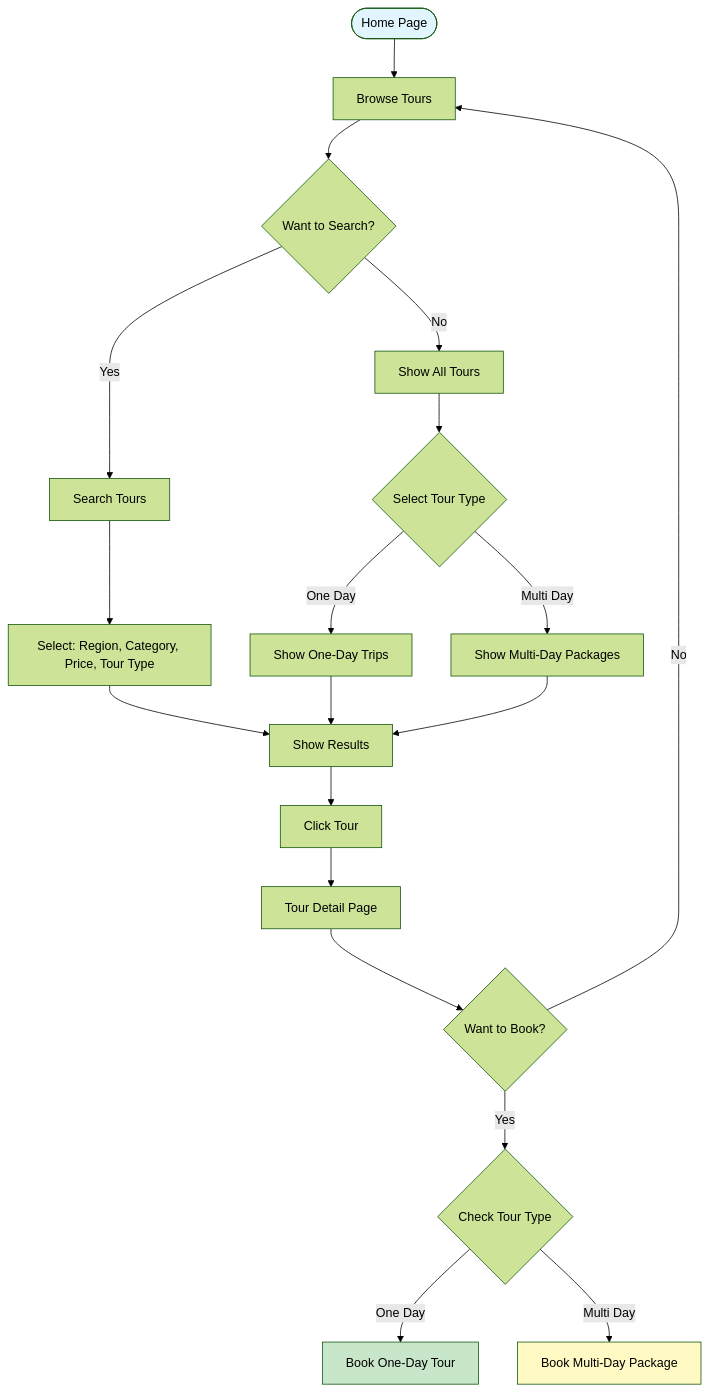
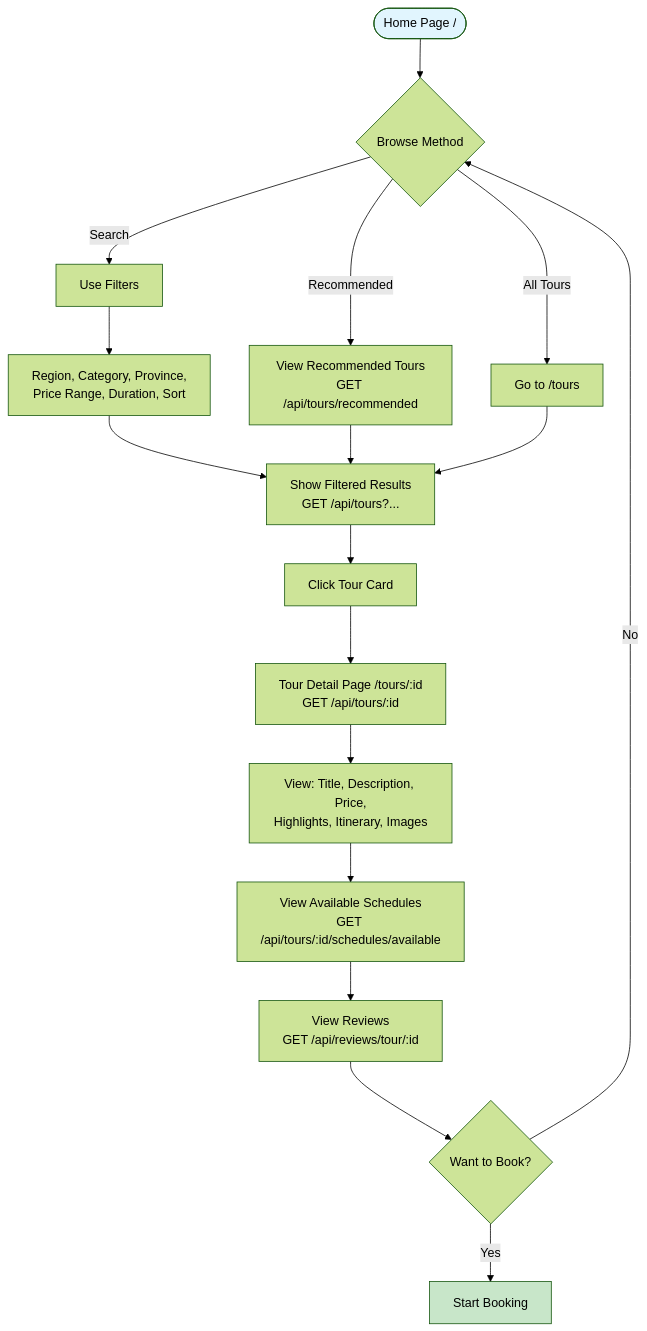
The third of 15 diagrams in system_based/User Flow.md (psu6810110135/final_porj), drawn with Mermaid (forest theme) before and after one commit. The commit also changed other lines of this file and 6 other files, not shown here.

````diff
--- a/system_based/User Flow.md
+++ b/system_based/User Flow.md
@@ -45,34 +73,29 @@
 ```mermaid
 flowchart TD
-    Home([Home Page]) --> Browse[Browse Tours]
+    Home([Home Page /]) --> Browse{Browse Method}
 
-    Browse --> WantSearch{Want to Search?}
+    Browse -- Recommended --> Recommended[View Recommended Tours<br>GET /api/tours/recommended]
+    Browse -- Search --> Search[Use Filters]
+    Browse -- All Tours --> AllTours[Go to /tours]
 
-    WantSearch -- Yes --> Search[Search Tours]
-    Search --> Filters[Select: Region, Category, Price, Tour Type]
-    Filters --> Results[Show Results]
+    Search --> Filters[Region, Category, Province,<br>Price Range, Duration, Sort]
+    Filters --> Results[Show Filtered Results<br>GET /api/tours?...]
 
-    WantSearch -- No --> ShowAll[Show All Tours]
-    ShowAll --> TypeSelect{Select Tour Type}
+    Recommended --> Results
+    AllTours --> Results
 
-    TypeSelect -- One Day --> OneDay[Show One-Day Trips]
-    TypeSelect -- Multi Day --> MultiDay[Show Multi-Day Packages]
+    Results --> Select[Click Tour Card]
+    Select --> Detail[Tour Detail Page /tours/:id<br>GET /api/tours/:id]
 
-    OneDay --> Results
-    MultiDay --> Results
+    Detail --> ViewInfo[View: Title, Description, Price,<br>Highlights, Itinerary, Images]
+    ViewInfo --> ViewSchedules[View Available Schedules<br>GET /api/tours/:id/schedules/available]
+    ViewSchedules --> ViewReviews[View Reviews<br>GET /api/reviews/tour/:id]
 
-    Results --> Select[Click Tour]
-    Select --> Detail[Tour Detail Page]
-
-    Detail --> Decide{Want to Book?}
+    ViewReviews --> Decide{Want to Book?}
 
     Decide -- No --> Browse
-    Decide -- Yes --> CheckType{Check Tour Type}
-
-    CheckType -- One Day --> OneDayBooking[Book One-Day Tour]
-    CheckType -- Multi Day --> MultiDayBooking[Book Multi-Day Package]
+    Decide -- Yes --> BookFlow[Start Booking]
 
     style Home fill:#E1F5FE
-    style OneDayBooking fill:#C8E6C9
-    style MultiDayBooking fill:#FFF9C4
+    style BookFlow fill:#C8E6C9
 ```
````
